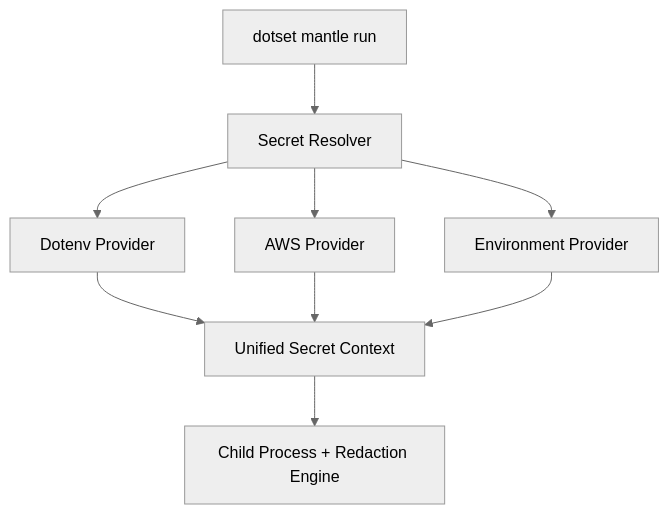
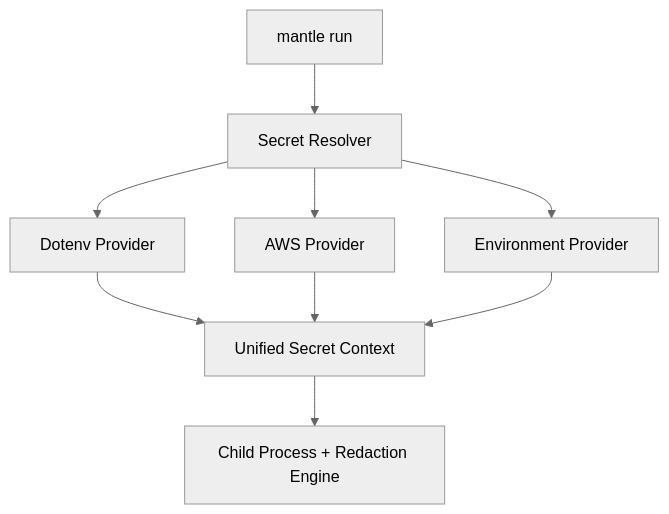
One commit to dotsetlabs/mintlify-docs changed the diagram in mantle/concepts/secrets.mdx. Above: the diagram before and after it, drawn with Mermaid (neutral theme). The commit also changed other lines of this file and 71 other files, not shown here.

````diff
--- a/mantle/concepts/secrets.mdx
+++ b/mantle/concepts/secrets.mdx
@@ -14,11 +14,11 @@
 ```mermaid
 graph TD
-    A[dotset mantle run] --> B[Secret Resolver]
+    A[mantle run] --> B[Secret Resolver]
     B --> C[Dotenv Provider]
     B --> D[AWS Provider]
     B --> E[Environment Provider]
     C --> F[Unified Secret Context]
     D --> F
     E --> F
     F --> G[Child Process + Redaction Engine]
 ```
````
